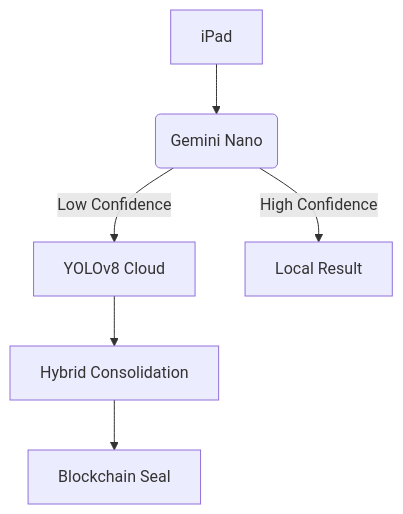
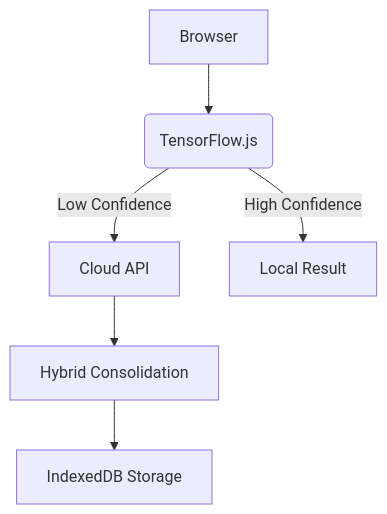
The second of 3 diagrams in CLAUDE_RULES.md (luminarynerds/vericard-scan-pro), drawn with Mermaid before and after one commit. The commit also changed other lines of this file and 3 other files, not shown here.

First line of the commit message:
Update all documentation for web-only architecture

````diff
--- a/CLAUDE_RULES.md
+++ b/CLAUDE_RULES.md
@@ -54,8 +54,8 @@
 ```mermaid  
 graph TB  
-    A[iPad] --> B(Gemini Nano)  
-    B -->|Low Confidence| C[YOLOv8 Cloud]  
+    A[Browser] --> B(TensorFlow.js)  
+    B -->|Low Confidence| C[Cloud API]  
     B -->|High Confidence| D[Local Result]  
     C --> E[Hybrid Consolidation]  
-    E --> F[Blockchain Seal]  
+    E --> F[IndexedDB Storage]  
 ```
````
